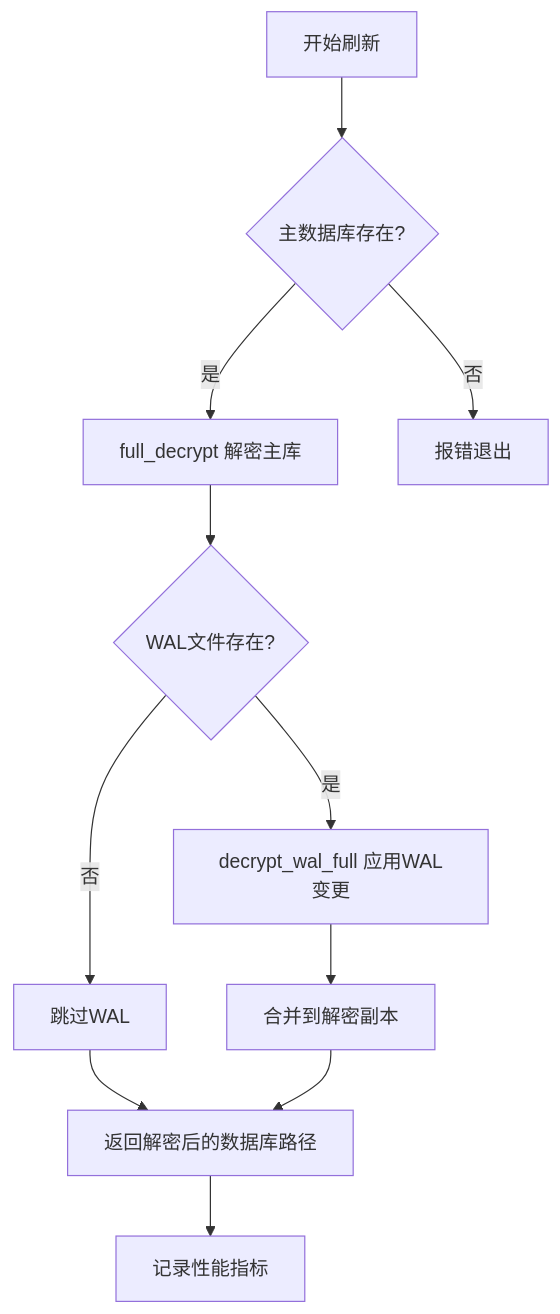
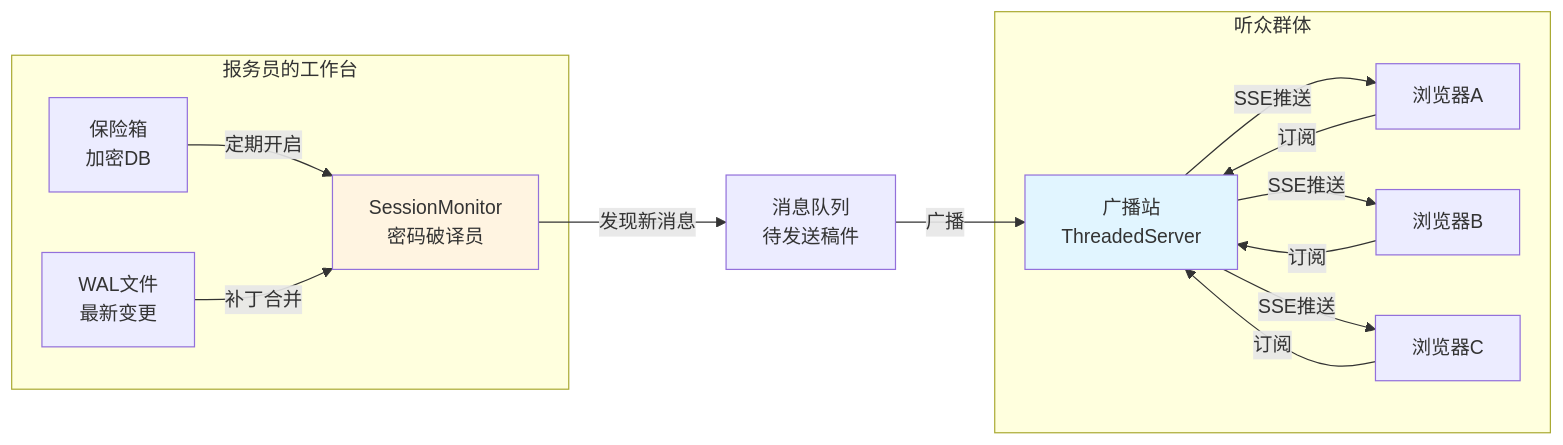
The first of 6 diagrams in public/wechat-decrypt/guide-beginners-guide-real-time-monitoring.md (nerdneilsfield/code-wiki-pages), drawn with Mermaid before and after one commit. The commit also changed other lines of this file and 30 other files, not shown here.

````diff
--- a/public/wechat-decrypt/guide-beginners-guide-real-time-monitoring.md
+++ b/public/wechat-decrypt/guide-beginners-guide-real-time-monitoring.md
@@ -84,13 +22,23 @@
 ```mermaid
-flowchart TD
-    A[开始刷新] --> B{主数据库存在?}
-    B -->|是| C[full_decrypt 解密主库]
-    B -->|否| Z[报错退出]
-    C --> D{WAL文件存在?}
-    D -->|是| E[decrypt_wal_full 应用WAL变更]
-    D -->|否| F[跳过WAL]
-    E --> G[合并到解密副本]
-    F --> H[返回解密后的数据库路径]
-    G --> H
-    H --> I[记录性能指标]
+flowchart LR
+    subgraph "报务员的工作台"
+        A[保险箱<br/>加密DB] -->|定期开启| B[SessionMonitor<br/>密码破译员]
+        C[WAL文件<br/>最新变更] -->|补丁合并| B
+    end
+    
+    B -->|发现新消息| D[消息队列<br/>待发送稿件]
+    D -->|广播| E[广播站<br/>ThreadedServer]
+    
+    subgraph "听众群体"
+        F[浏览器A] -->|订阅| E
+        G[浏览器B] -->|订阅| E
+        H[浏览器C] -->|订阅| E
+    end
+    
+    E -->|SSE推送| F
+    E -->|SSE推送| G
+    E -->|SSE推送| H
+    
+    style B fill:#fff4e1
+    style E fill:#e1f5ff
 ```
````
